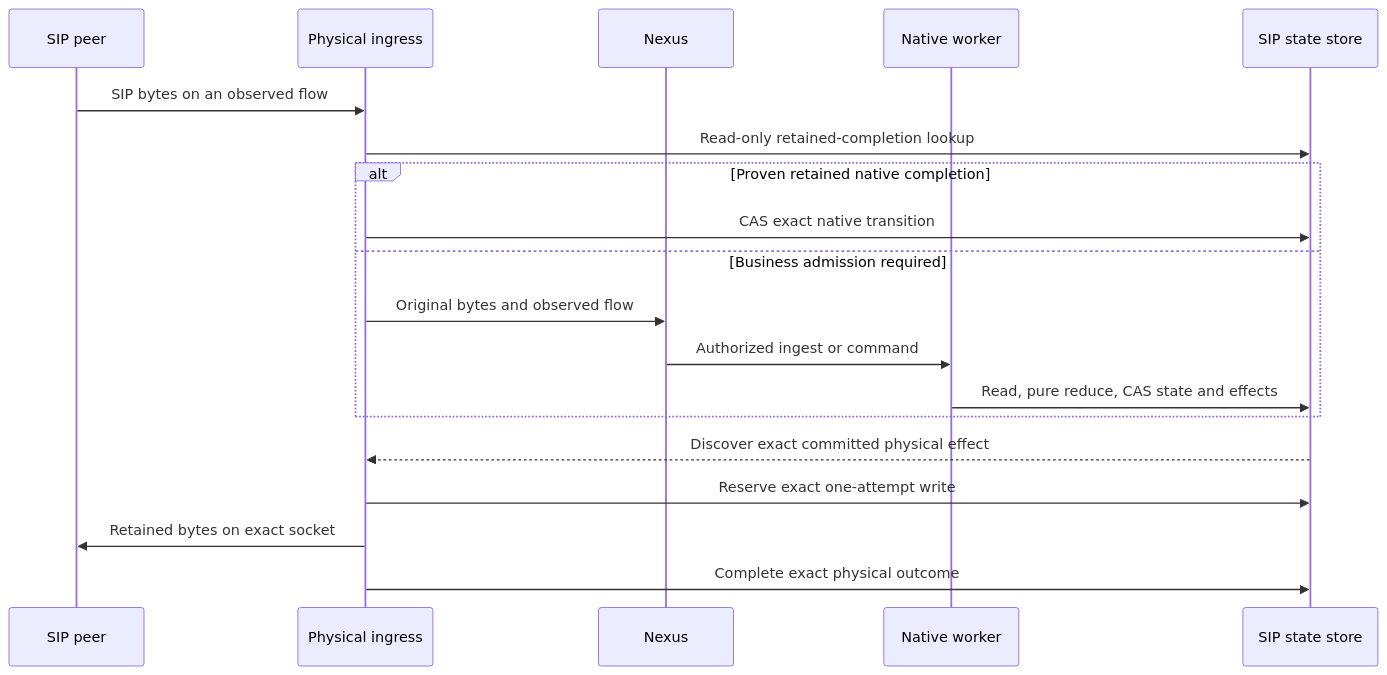
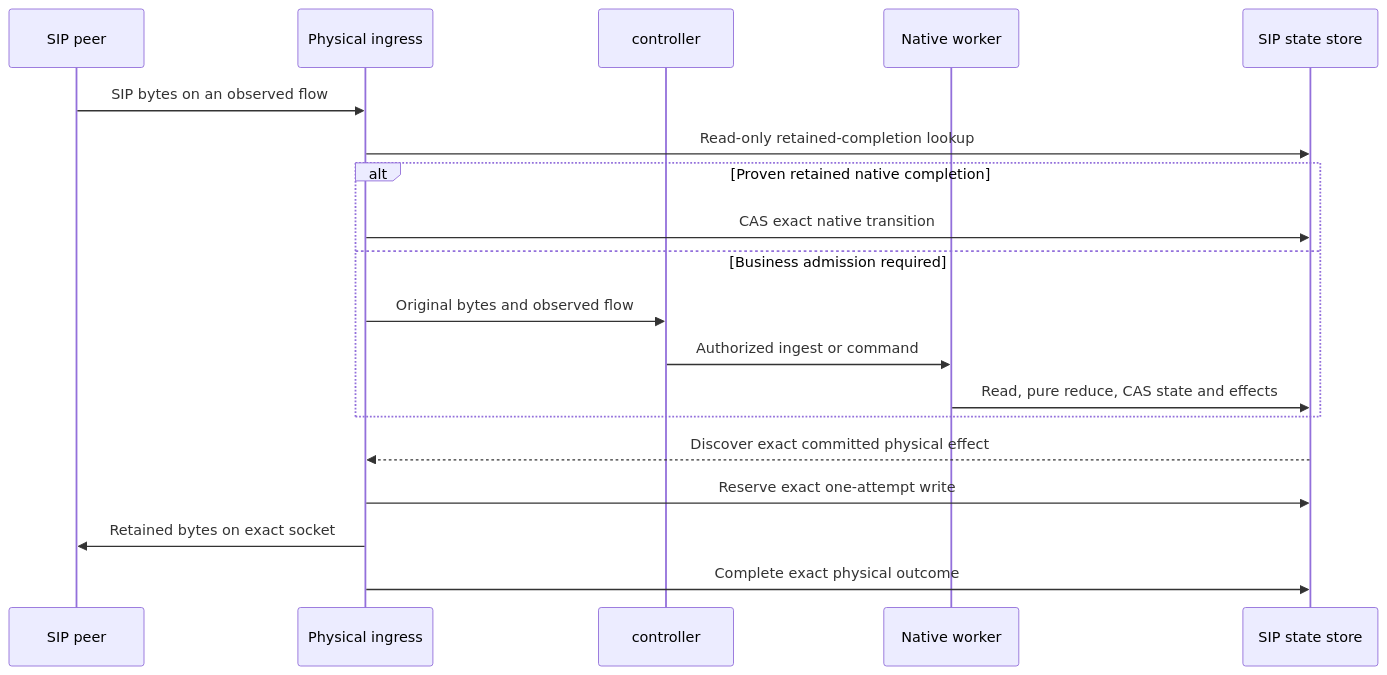
Before and after one commit to zyno-io/sipbridge: the diagram in ARCHITECTURE.md, drawn with Mermaid. The commit also changed other lines of this file and 481 other files, not shown here.

````diff
--- a/ARCHITECTURE.md
+++ b/ARCHITECTURE.md
@@ -83,21 +90,21 @@
 ```mermaid
 sequenceDiagram
     participant C as SIP peer
     participant I as Physical ingress
-    participant N as Nexus
+    participant N as controller
     participant W as Native worker
     participant R as SIP state store
     C->>I: SIP bytes on an observed flow
     I->>R: Read-only retained-completion lookup
     alt Proven retained native completion
         I->>R: CAS exact native transition
     else Business admission required
         I->>N: Original bytes and observed flow
         N->>W: Authorized ingest or command
         W->>R: Read, pure reduce, CAS state and effects
     end
     R-->>I: Discover exact committed physical effect
     I->>R: Reserve exact one-attempt write
     I->>C: Retained bytes on exact socket
     I->>R: Complete exact physical outcome
 ```
````
